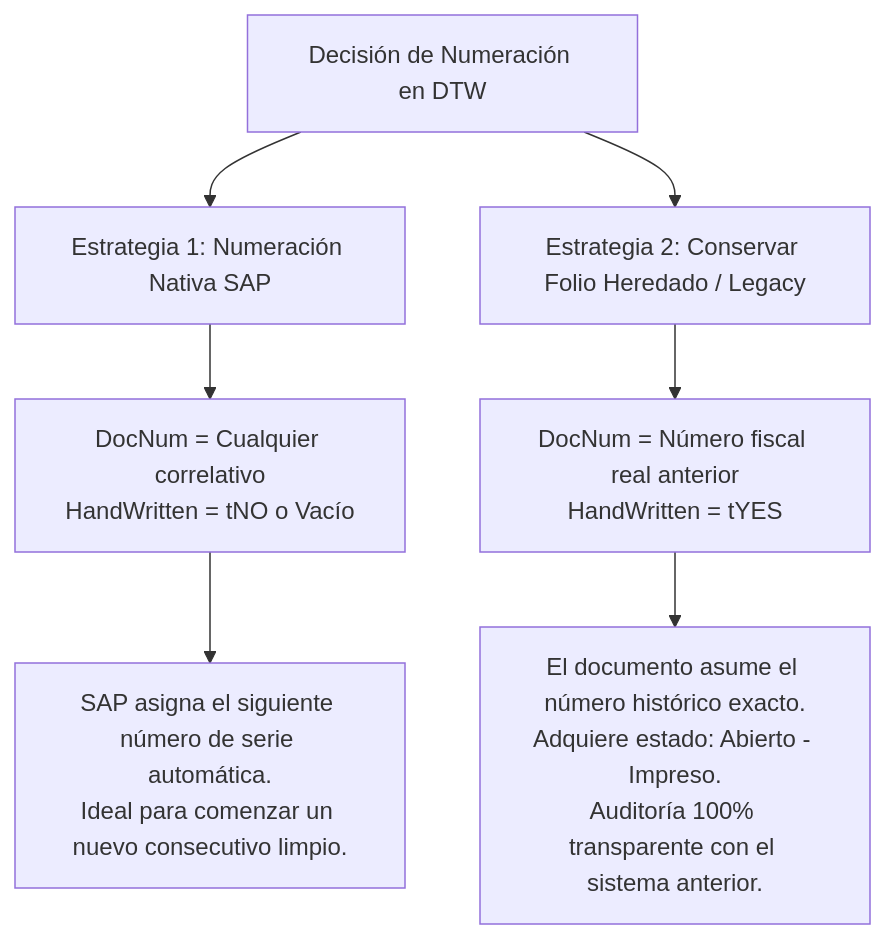
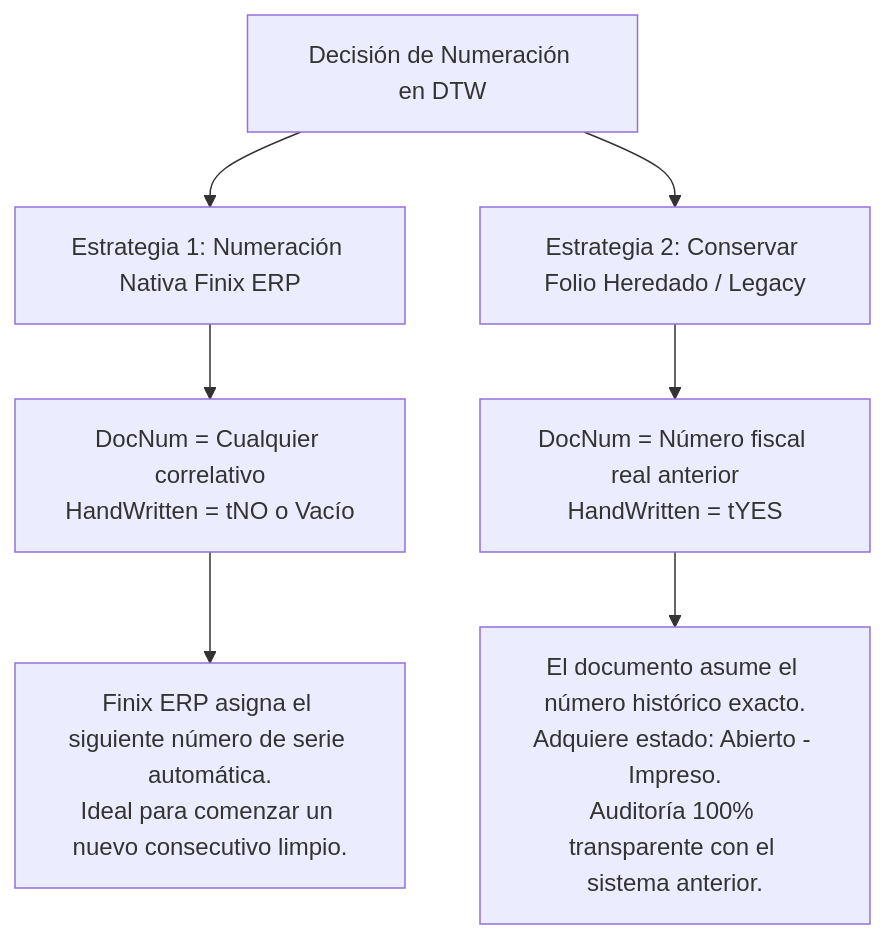
The fourth of 9 diagrams in public/modulos/Modulo_08.md (pablofgarciaf/B1-ACADEMY), drawn with Mermaid before and after one commit. The commit also changed other lines of this file and 4125 other files, not shown here.

````diff
--- a/public/modulos/Modulo_08.md
+++ b/public/modulos/Modulo_08.md
@@ -184,9 +184,9 @@
 ```mermaid
 graph TD
-    A[Decisión de Numeración en DTW] --> B[Estrategia 1: Numeración Nativa SAP]
+    A[Decisión de Numeración en DTW] --> B[Estrategia 1: Numeración Nativa Finix ERP]
     A --> C[Estrategia 2: Conservar Folio Heredado / Legacy]
     B --> D[DocNum = Cualquier correlativo<br/>HandWritten = tNO o Vacío]
-    D --> E[SAP asigna el siguiente número de serie automática.<br/>Ideal para comenzar un nuevo consecutivo limpio.]
+    D --> E[Finix ERP asigna el siguiente número de serie automática.<br/>Ideal para comenzar un nuevo consecutivo limpio.]
     C --> F[DocNum = Número fiscal real anterior<br/>HandWritten = tYES]
     F --> G[El documento asume el número histórico exacto.<br/>Adquiere estado: Abierto - Impreso.<br/>Auditoría 100% transparente con el sistema anterior.]
 ```
````
